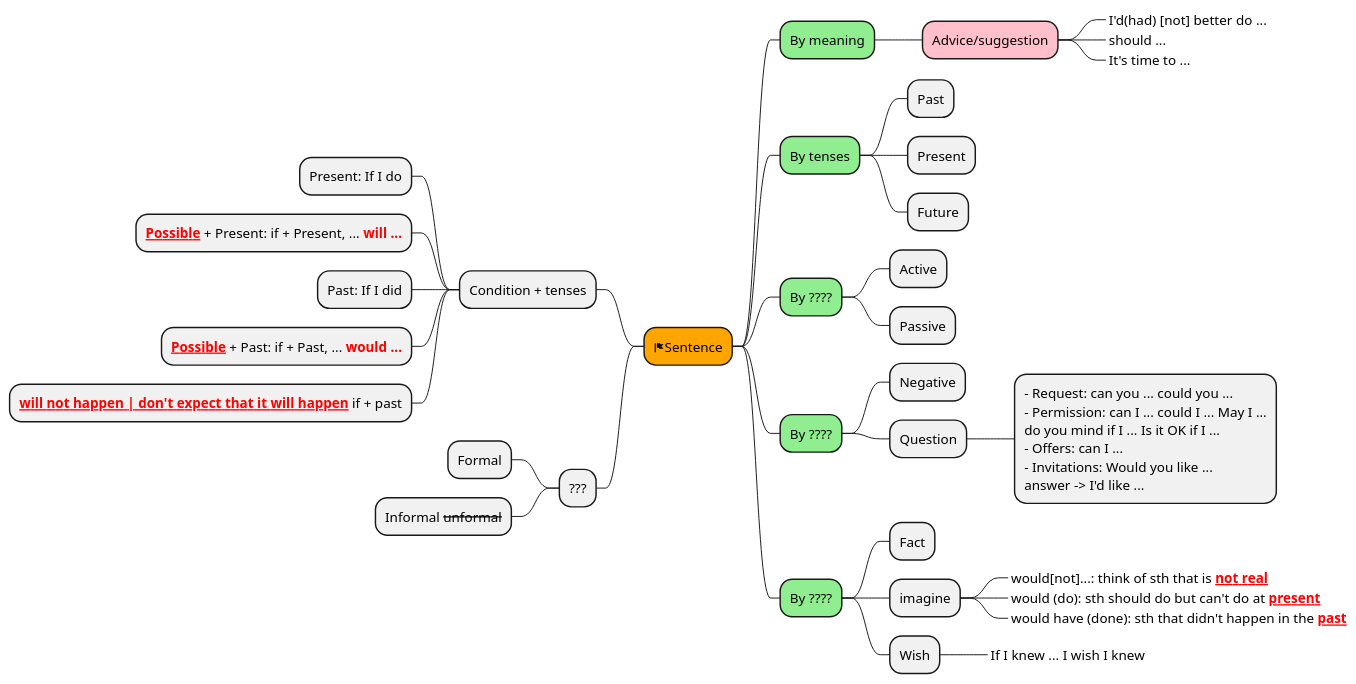
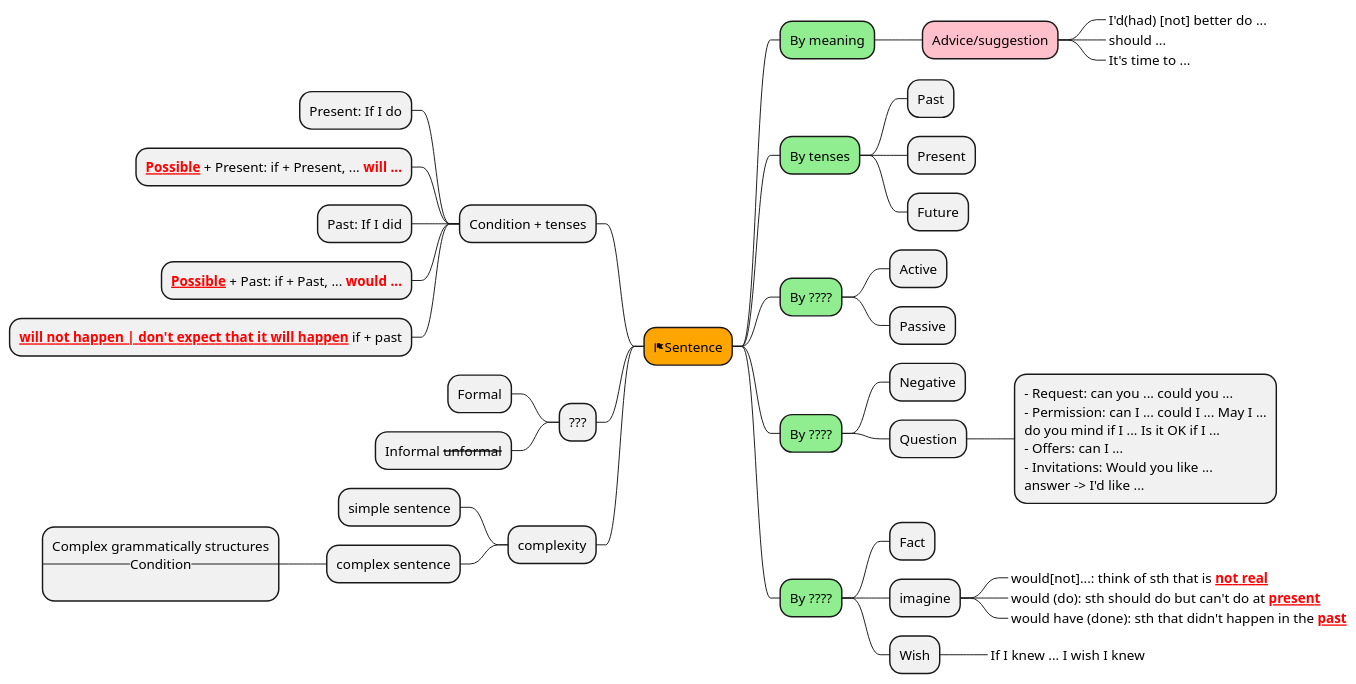
Before and after one commit to thanhnv2210/MyPlantuml: the diagram in src/English/Grammar/Type_of_Sentence.puml, drawn with PlantUML. The commit also changed 9 other files, not shown here.

```diff
--- a/src/English/Grammar/Type_of_Sentence.puml
+++ b/src/English/Grammar/Type_of_Sentence.puml
@@ -1,56 +1,64 @@
 @startmindmap
 'https://canadadotnet.files.wordpress.com/2020/05/english-grammar-in-use-intermediate.pdf
 
 'caption figure 1
 'title My super title
 '() -> explain
 '[] -> optional
 
 *[#orange] <&flag>Sentence
 **[#lightgreen] By meaning
 ***[#pink] Advice/suggestion
 ****_ I'd(had) [not] better do ...
 ****_ should ...
 ****_ It's time to ...
 
 **[#lightgreen] By tenses
 *** Past
 *** Present
 *** Future
 
 **[#lightgreen] By ????
 *** Active
 *** Passive
 
 **[#lightgreen] By ????
 *** Negative
 *** Question
 ****:- Request: can you ... could you ...
 - Permission: can I ... could I ... May I ...
 do you mind if I ... Is it OK if I ...
 - Offers: can I ...
 - Invitations: Would you like ...
 answer -> I'd like ...;
 
 **[#lightgreen] By ????
 *** Fact
 *** imagine
 ****_ would[not]...: think of sth that is <b><color:red>__not real__
 ****_ would (do): sth should do but can't do at <b><color:red>__present__
 ****_ would have (done): sth that didn't happen in the <b><color:red>__past__
 *** Wish
 ****_ If I knew ... I wish I knew
 
 left side
 ** Condition + tenses
 *** Present: If I do
 *** <b><color:red>__Possible__</b> + Present: if + Present, ... <b><color:red>will<b> ...
 *** Past: If I did
 *** <b><color:red>__Possible__</b> + Past: if + Past, ... <b><color:red>would<b> ...
 *** <b><color:red>__will not happen | don't expect that it will happen__</b> if + past
 
 ** ???
 *** Formal
 *** Informal --unformal--
 
+** complexity
+*** simple sentence
+*** complex sentence
+****:Complex grammatically structures
+--Condition--
+;
+
+
 @endmindmap
```
